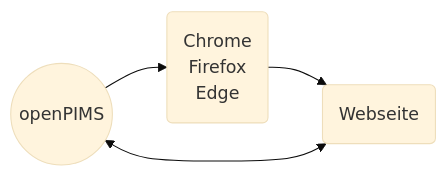
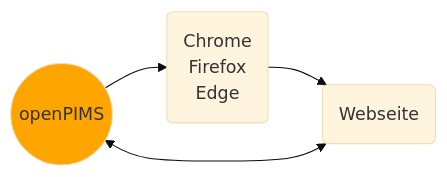
The first of 3 diagrams in README.md (openpims/openpims), drawn with Mermaid (base theme) before and after one commit.

````diff
--- a/README.md
+++ b/README.md
@@ -7,6 +7,7 @@
 ```mermaid
   graph LR;
       A((openPIMS)) --> B(Chrome<br>Firefox<br>Edge);
       B --> C(Webseite);
       C <--> A;
+      style A fill:orange
 ```
````
